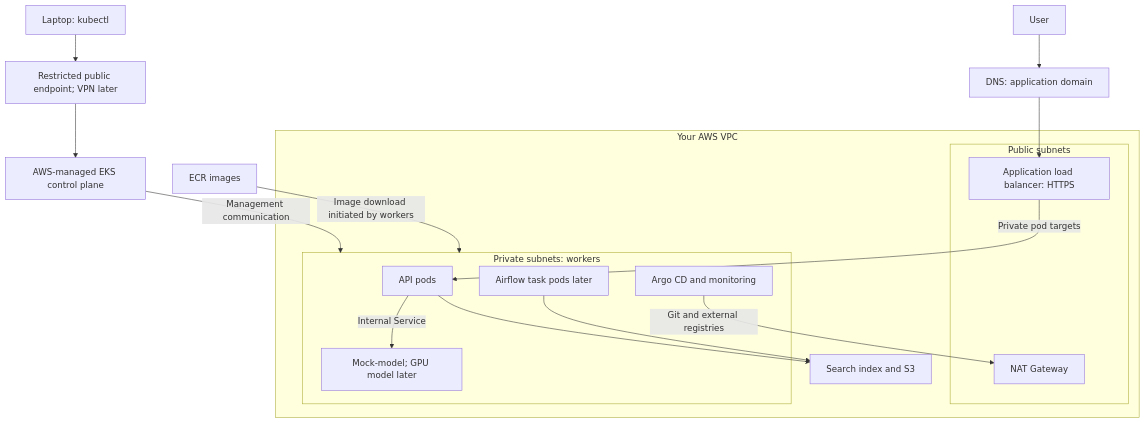
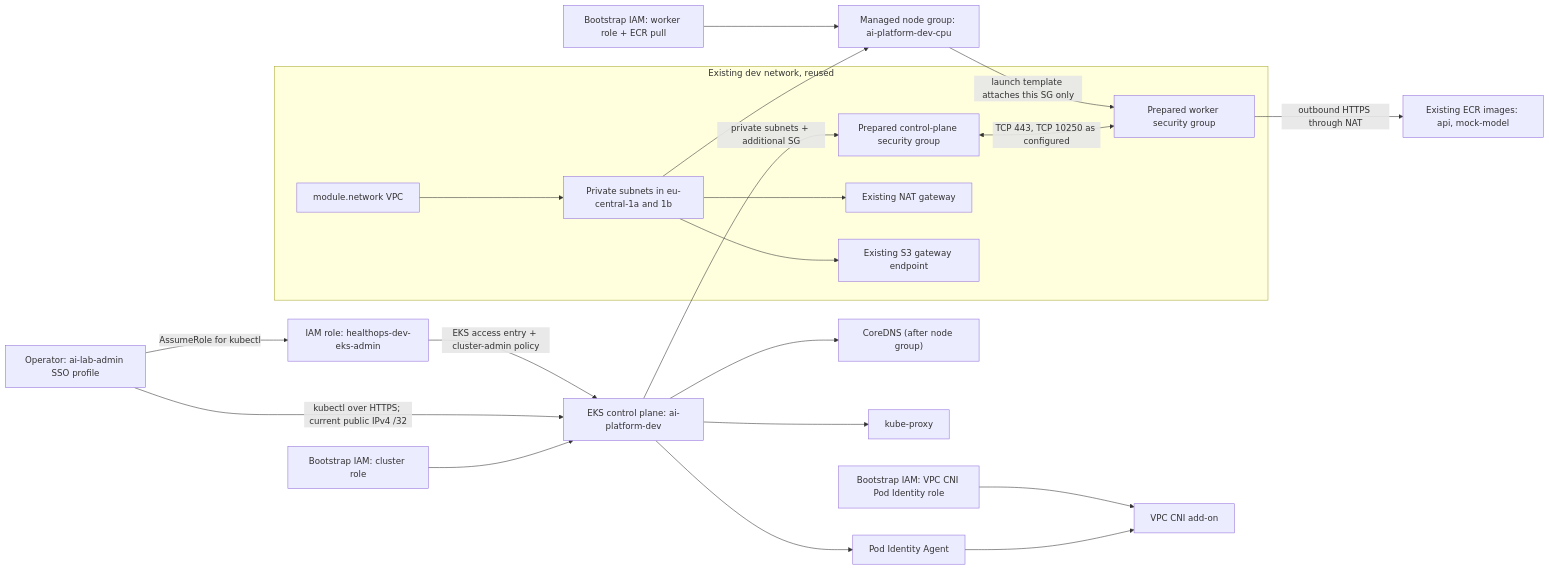
Before and after one commit to Ikteaja/aws-ai-infrastructure-platform: the first of 2 diagrams in infrastructure/terraform/modules/eks/eks.md, drawn with Mermaid. The commit also changed other lines of this file and 20 other files, not shown here.

Commit message:
feat(eks): prepare dev cluster and CPU node group

````diff
--- a/infrastructure/terraform/modules/eks/eks.md
+++ b/infrastructure/terraform/modules/eks/eks.md
@@ -22,26 +39,35 @@
 ```mermaid
-flowchart TD
-    User["User"] --> DNS["DNS: application domain"]
-    DNS --> ALB["Application load balancer: HTTPS"]
-    Admin["Laptop: kubectl"] --> Access["Restricted public endpoint; VPN later"]
-    Access --> Control["AWS-managed EKS control plane"]
-    subgraph VPC["Your AWS VPC"]
-        subgraph Public["Public subnets"]
-            ALB
-            NAT["NAT Gateway"]
-        end
-        subgraph Private["Private subnets: workers"]
-            API["API pods"]
-            Model["Mock-model; GPU model later"]
-            Platform["Argo CD and monitoring"]
-            Jobs["Airflow task pods later"]
-        end
-        ALB -->|"Private pod targets"| API
-        API -->|"Internal Service"| Model
-        API --> Data["Search index and S3"]
-        Jobs --> Data
-        Platform -->|"Git and external registries"| NAT
+flowchart LR
+    Operator["Operator: ai-lab-admin SSO profile"]
+    AdminRole["IAM role: healthops-dev-eks-admin"]
+    Operator -->|"AssumeRole for kubectl"| AdminRole
+    AdminRole -->|"EKS access entry + cluster-admin policy"| Cluster
+    Operator -->|"kubectl over HTTPS; current public IPv4 /32"| Cluster["EKS control plane: ai-platform-dev"]
+
+    subgraph ExistingNetwork["Existing dev network, reused"]
+        VPC["module.network VPC"]
+        Subnets["Private subnets in eu-central-1a and 1b"]
+        CPsg["Prepared control-plane security group"]
+        NodeSg["Prepared worker security group"]
+        Nat["Existing NAT gateway"]
+        S3["Existing S3 gateway endpoint"]
+        VPC --> Subnets
+        Subnets --> Nat
+        Subnets --> S3
     end
-    Control -->|"Management communication"| Private
-    ECR["ECR images"] -->|"Image download initiated by workers"| Private
+
+    Cluster -->|"private subnets + additional SG"| CPsg
+    NodeGroup["Managed node group: ai-platform-dev-cpu"]
+    Subnets --> NodeGroup
+    NodeGroup -->|"launch template attaches this SG only"| NodeSg
+    CPsg <-->|"TCP 443, TCP 10250 as configured"| NodeSg
+    NodeSg -->|"outbound HTTPS through NAT"| ECR["Existing ECR images: api, mock-model"]
+
+    ClusterRole["Bootstrap IAM: cluster role"] --> Cluster
+    WorkerRole["Bootstrap IAM: worker role + ECR pull"] --> NodeGroup
+    CniRole["Bootstrap IAM: VPC CNI Pod Identity role"] --> CNI["VPC CNI add-on"]
+    Cluster --> Agent["Pod Identity Agent"]
+    Agent --> CNI
+    Cluster --> DNS["CoreDNS (after node group)"]
+    Cluster --> Proxy["kube-proxy"]
 ```
````
